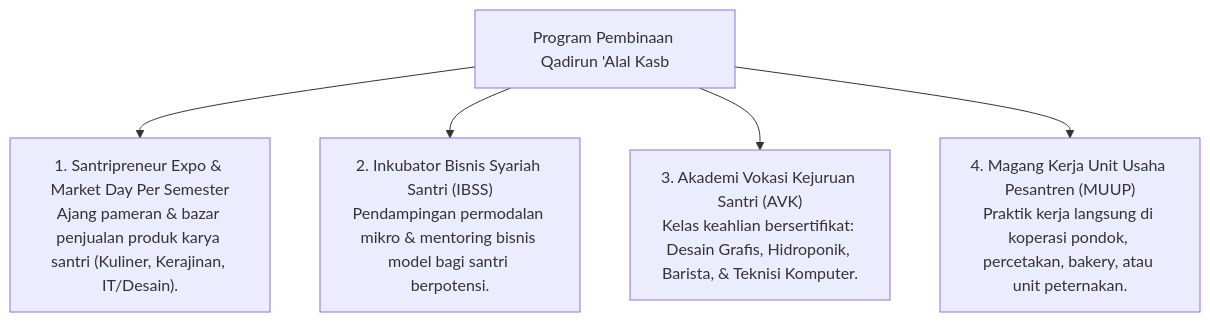
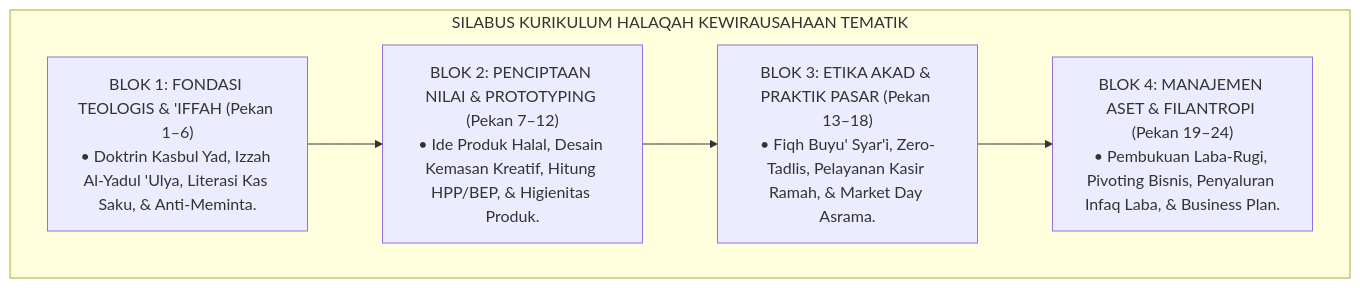
Before and after one commit to wandiapriliyandi/tumbuh: the sixth of 8 diagrams in 03 Capacity Framework/12 Qadirun Alal Kasb/P3-12-11-Program-Pembinaan-dan-Halaqah.md, drawn with Mermaid. The commit also changed other lines of this file and 14 other files, not shown here.

Commit message:
docs(03-capacity): complete all 15 research monographs for 12 Qadirun Alal Kasb

````diff
--- a/03 Capacity Framework/12 Qadirun Alal Kasb/P3-12-11-Program-Pembinaan-dan-Halaqah.md
+++ b/03 Capacity Framework/12 Qadirun Alal Kasb/P3-12-11-Program-Pembinaan-dan-Halaqah.md
@@ -10,9 +163,14 @@
 ```mermaid
-graph TD
-    Program["Program Pembinaan Qadirun 'Alal Kasb"]
-    
-    Program --> P1["1. Santripreneur Expo & Market Day Per Semester<br/>Ajang pameran & bazar penjualan produk karya santri (Kuliner, Kerajinan, IT/Desain)."]
-    Program --> P2["2. Inkubator Bisnis Syariah Santri (IBSS)<br/>Pendampingan permodalan mikro & mentoring bisnis model bagi santri berpotensi."]
-    Program --> P3["3. Akademi Vokasi Kejuruan Santri (AVK)<br/>Kelas keahlian bersertifikat: Desain Grafis, Hidroponik, Barista, & Teknisi Komputer."]
-    Program --> P4["4. Magang Kerja Unit Usaha Pesantren (MUUP)<br/>Praktik kerja langsung di koperasi pondok, percetakan, bakery, atau unit peternakan."]
+flowchart TD
+    subgraph SilabusHalaqah24PekanWirausaha["SILABUS KURIKULUM HALAQAH KEWIRAUSAHAAN TEMATIK"]
+        Blok1["BLOK 1: FONDASI TEOLOGIS & 'IFFAH (Pekan 1–6)<br/>• Doktrin Kasbul Yad, Izzah Al-Yadul 'Ulya, Literasi Kas Saku, & Anti-Meminta."]
+        
+        Blok2["BLOK 2: PENCIPTAAN NILAI & PROTOTYPING (Pekan 7–12)<br/>• Ide Produk Halal, Desain Kemasan Kreatif, Hitung HPP/BEP, & Higienitas Produk."]
+        
+        Blok3["BLOK 3: ETIKA AKAD & PRAKTIK PASAR (Pekan 13–18)<br/>• Fiqh Buyu' Syar'i, Zero-Tadlis, Pelayanan Kasir Ramah, & Market Day Asrama."]
+        
+        Blok4["BLOK 4: MANAJEMEN ASET & FILANTROPI (Pekan 19–24)<br/>• Pembukuan Laba-Rugi, Pivoting Bisnis, Penyaluran Infaq Laba, & Business Plan."]
+        
+        Blok1 --> Blok2 --> Blok3 --> Blok4
+    end
 ```
````
